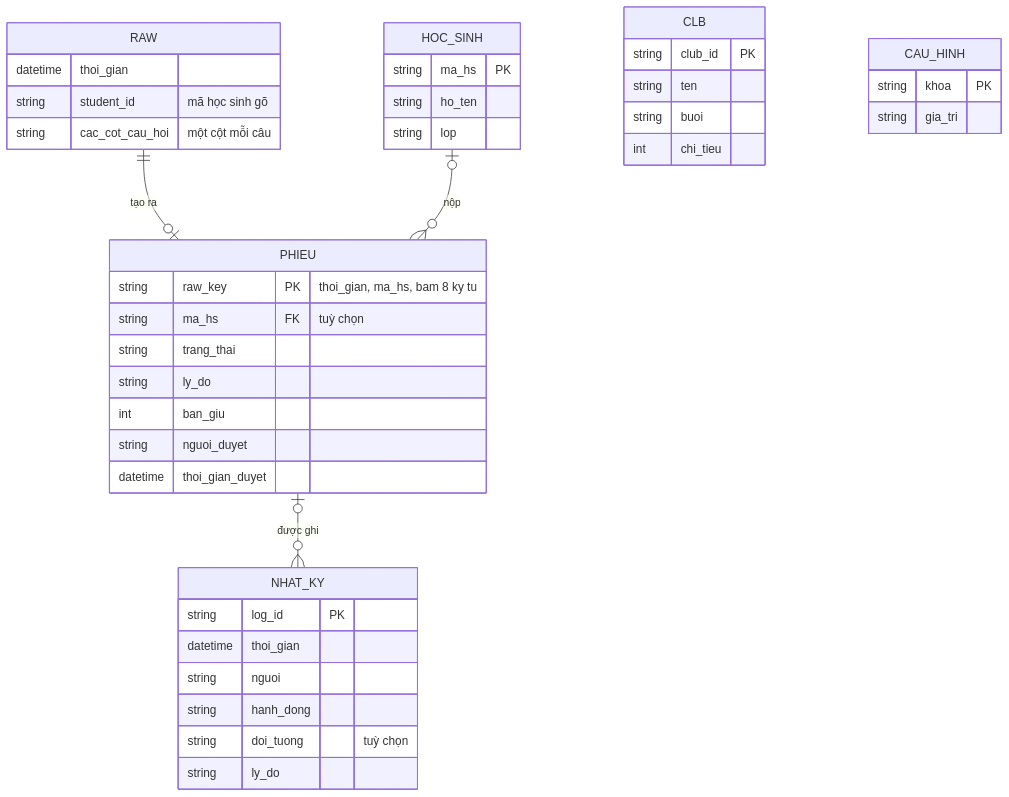
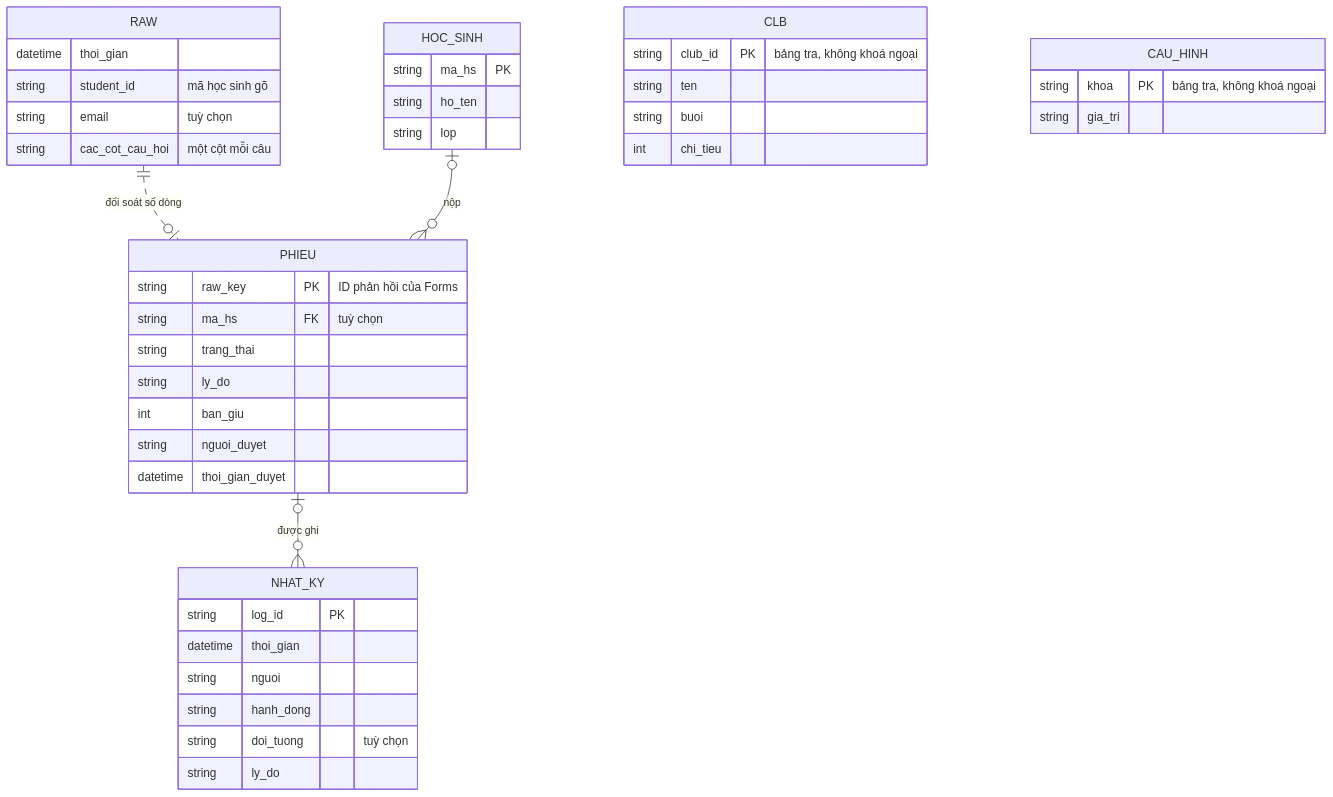
Before and after one commit to nguyenphanvantruong6969-arch/TESTING-DEV: the diagram in docs/he_sinh_thai/anh/d_erd.mmd, drawn with Mermaid. The commit also changed 14 other files, not shown here.

First line of the commit message:
T4 sửa vòng 2: khoá bằng ID phản hồi, vòng đời trigger, ghi dở, thông lượng, gán lại mã, xuất theo phần

```diff
--- a/docs/he_sinh_thai/anh/d_erd.mmd
+++ b/docs/he_sinh_thai/anh/d_erd.mmd
@@ -1,41 +1,42 @@
 erDiagram
-  RAW ||--o| PHIEU : "tạo ra"
+  RAW ||..o| PHIEU : "đối soát số dòng"
   HOC_SINH |o--o{ PHIEU : "nộp"
   PHIEU |o--o{ NHAT_KY : "được ghi"
   RAW {
     datetime thoi_gian
     string student_id "mã học sinh gõ"
+    string email "tuỳ chọn"
     string cac_cot_cau_hoi "một cột mỗi câu"
   }
   PHIEU {
-    string raw_key PK "thoi_gian, ma_hs, bam 8 ky tu"
+    string raw_key PK "ID phản hồi của Forms"
     string ma_hs FK "tuỳ chọn"
     string trang_thai
     string ly_do
     int ban_giu
     string nguoi_duyet
     datetime thoi_gian_duyet
   }
   HOC_SINH {
     string ma_hs PK
     string ho_ten
     string lop
   }
   CLB {
-    string club_id PK
+    string club_id PK "bảng tra, không khoá ngoại"
     string ten
     string buoi
     int chi_tieu
   }
   NHAT_KY {
     string log_id PK
     datetime thoi_gian
     string nguoi
     string hanh_dong
     string doi_tuong "tuỳ chọn"
     string ly_do
   }
   CAU_HINH {
-    string khoa PK
+    string khoa PK "bảng tra, không khoá ngoại"
     string gia_tri
   }
```
